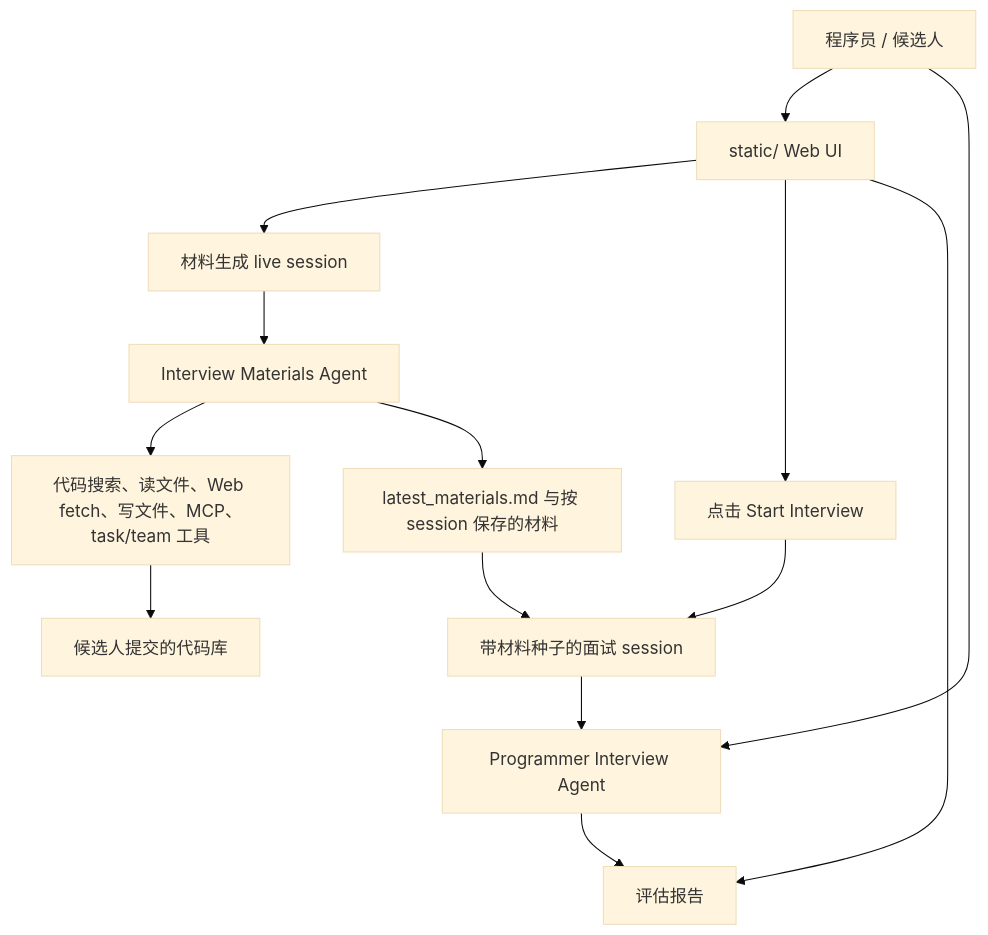
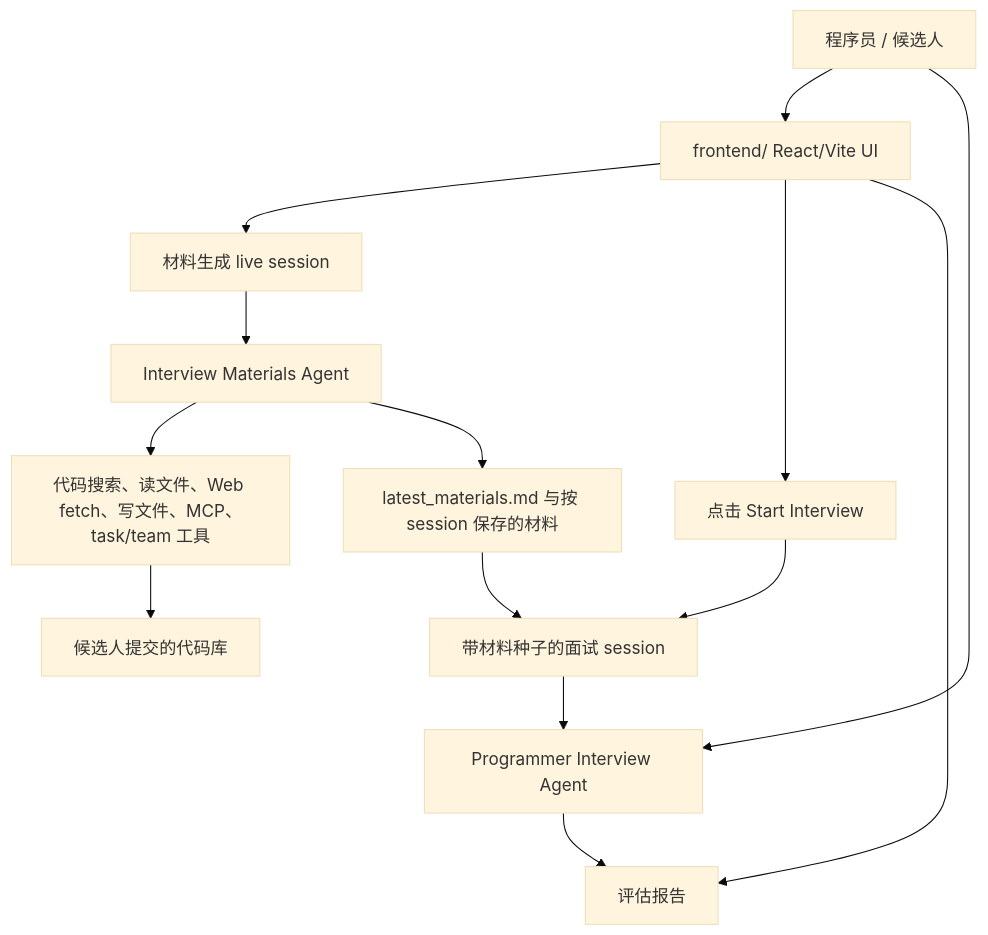
Before and after one commit to hessOntheway/scribe-engine: the diagram in README.zh-CN.md, drawn with Mermaid (base theme). The commit also changed other lines of this file and 24 other files, not shown here.

````diff
--- a/README.zh-CN.md
+++ b/README.zh-CN.md
@@ -18,16 +18,16 @@
 ```mermaid
 flowchart TD
-    Candidate[程序员 / 候选人] --> UI[static/ Web UI]
+    Candidate[程序员 / 候选人] --> UI[frontend/ React/Vite UI]
     UI --> MaterialsAPI[材料生成 live session]
     MaterialsAPI --> MaterialsAgent[Interview Materials Agent]
     MaterialsAgent --> Tools[代码搜索、读文件、Web fetch、写文件、MCP、task/team 工具]
     Tools --> Repo[候选人提交的代码库]
     MaterialsAgent --> MaterialsFile[latest_materials.md 与按 session 保存的材料]
     UI --> StartInterview[点击 Start Interview]
     StartInterview --> InterviewSession[带材料种子的面试 session]
     MaterialsFile --> InterviewSession
     InterviewSession --> InterviewAgent[Programmer Interview Agent]
     Candidate --> InterviewAgent
     InterviewAgent --> Report[评估报告]
     UI --> Report
 ```
````
